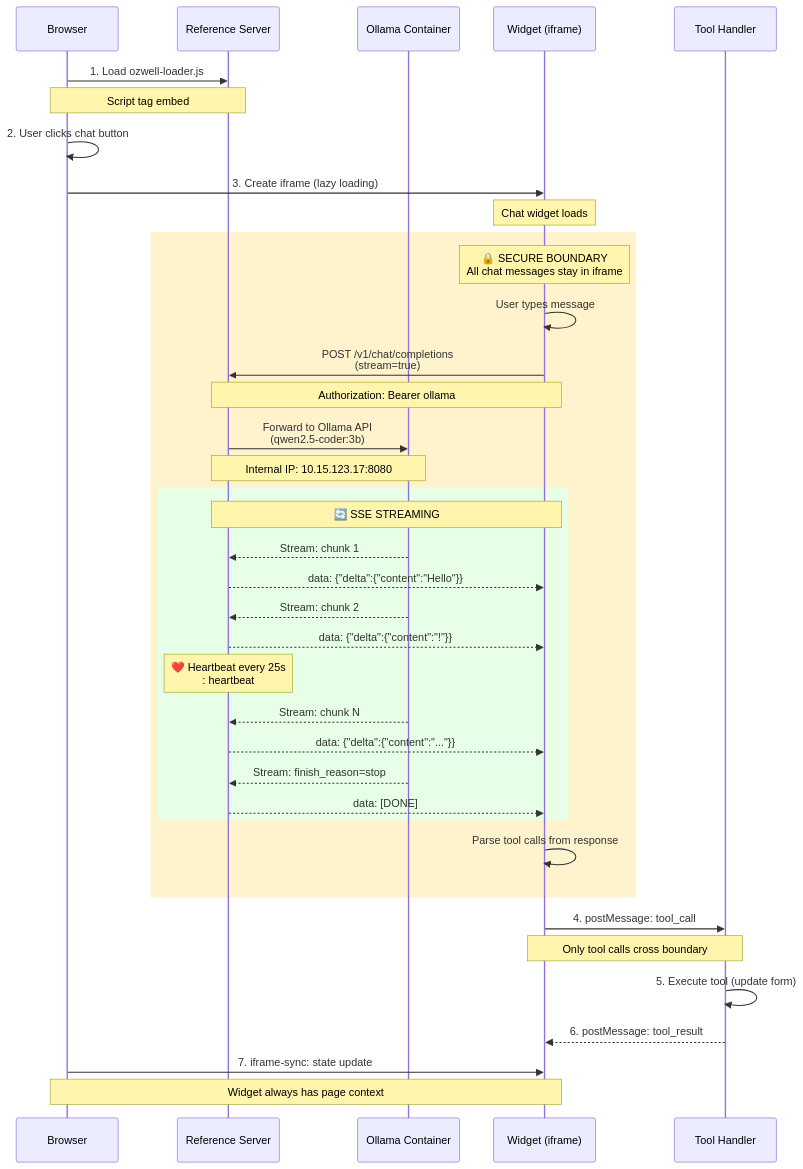
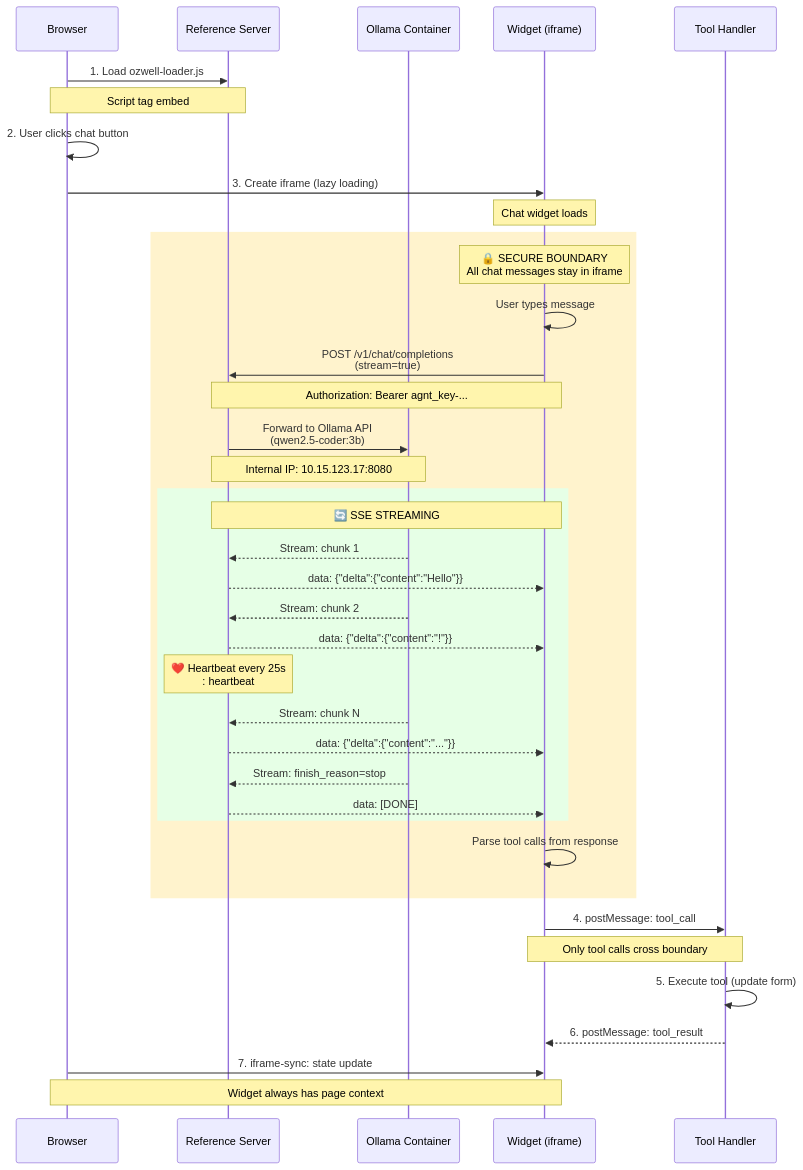
One commit to mieweb/ozwellai-api changed the first of 2 diagrams in reference-server/README.md. Above: the diagram before and after it, drawn with Mermaid. The commit also changed other lines of this file and 23 other files, not shown here.

````diff
--- a/reference-server/README.md
+++ b/reference-server/README.md
@@ -24,49 +25,49 @@
 ```mermaid
 sequenceDiagram
     participant Browser
     participant Ozwell as Reference Server
     participant Ollama as Ollama Container
     participant Widget as Widget (iframe)
     participant Handler as Tool Handler
 
     Browser->>Ozwell: 1. Load ozwell-loader.js
     Note over Browser,Ozwell: Script tag embed
 
     Browser->>Browser: 2. User clicks chat button
     Browser->>Widget: 3. Create iframe (lazy loading)
     Note over Widget: Chat widget loads
 
     rect rgb(255, 243, 205)
     Note over Widget: 🔒 SECURE BOUNDARY<br />All chat messages stay in iframe
     Widget->>Widget: User types message
     Widget->>Ozwell: POST /v1/chat/completions<br />(stream=true)
-    Note over Widget,Ozwell: Authorization: Bearer ollama
+    Note over Widget,Ozwell: Authorization: Bearer agnt_key-...
 
     Ozwell->>Ollama: Forward to Ollama API<br />(qwen2.5-coder:3b)
     Note over Ozwell,Ollama: Internal IP: 10.15.123.17:8080
 
     rect rgb(230, 255, 230)
     Note over Ozwell,Widget: 🔄 SSE STREAMING
     Ollama-->>Ozwell: Stream: chunk 1
     Ozwell-->>Widget: data: {"delta":{"content":"Hello"}}
     Ollama-->>Ozwell: Stream: chunk 2
     Ozwell-->>Widget: data: {"delta":{"content":"!"}}
     Note over Ozwell: ❤️ Heartbeat every 25s<br />: heartbeat
     Ollama-->>Ozwell: Stream: chunk N
     Ozwell-->>Widget: data: {"delta":{"content":"..."}}
     Ollama-->>Ozwell: Stream: finish_reason=stop
     Ozwell-->>Widget: data: [DONE]
     end
 
     Widget->>Widget: Parse tool calls from response
     end
 
     Widget->>Handler: 4. postMessage: tool_call
     Note over Widget,Handler: Only tool calls cross boundary
     Handler->>Handler: 5. Execute tool (update form)
 
     Handler-->>Widget: 6. postMessage: tool_result
 
     Browser->>Widget: 7. iframe-sync: state update
     Note over Browser,Widget: Widget always has page context
 ```
````
